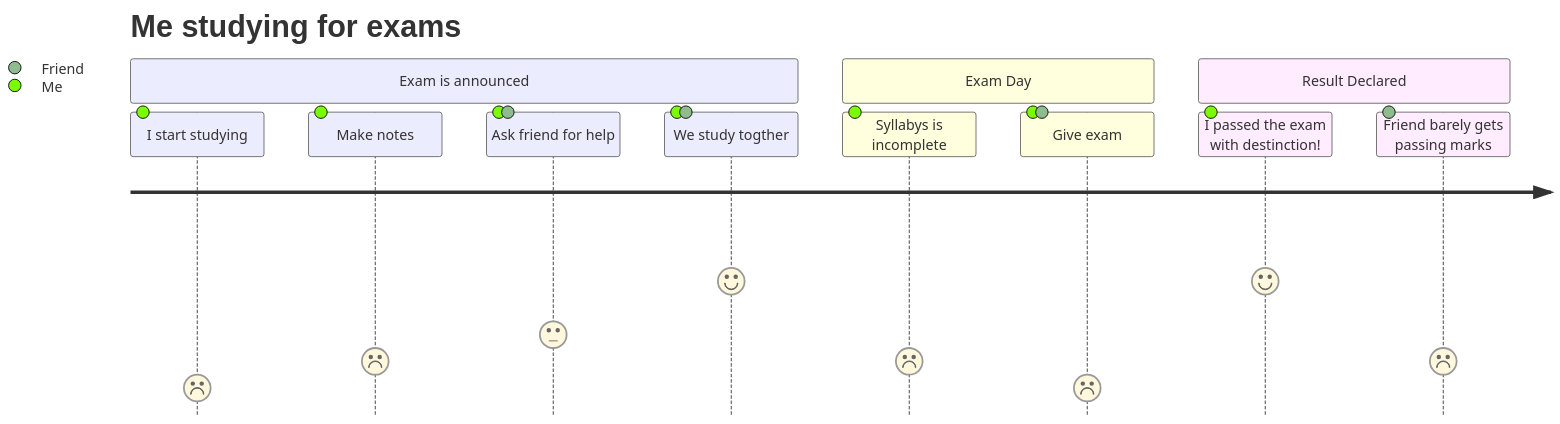
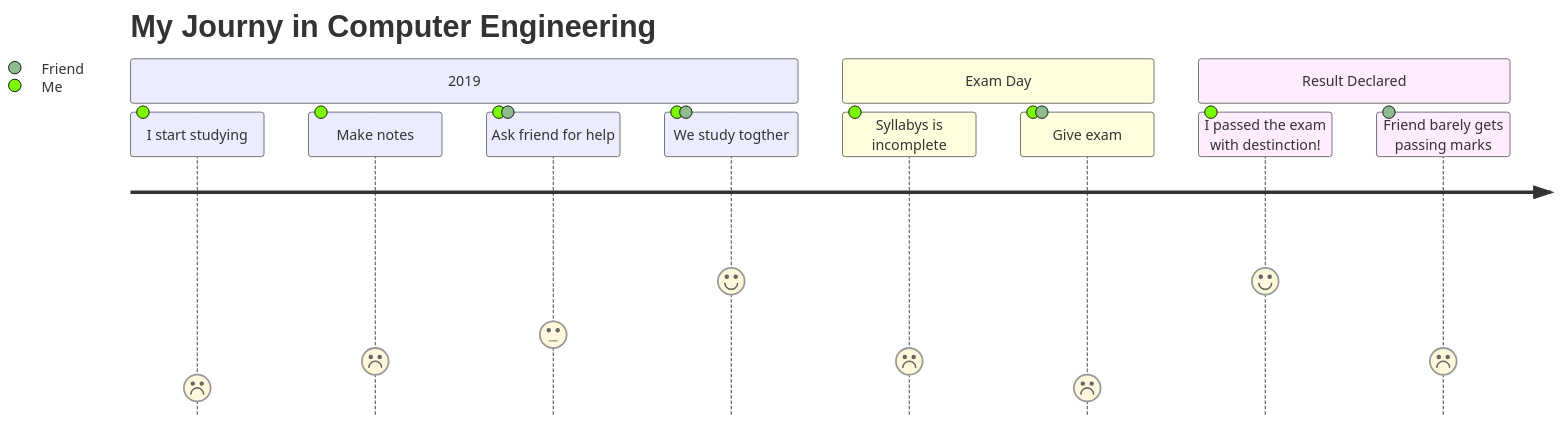
The diagram in README.md (pratik-londhe4/pratik-londhe4), drawn with Mermaid before and after one commit.

````diff
--- a/README.md
+++ b/README.md
@@ -16,15 +16,15 @@
 ```mermaid
 journey
-	title Me studying for exams
-	section Exam is announced
+	title   My Journy in Computer Engineering
+	section 2019
 		I start studying: 1: Me
 		Make notes: 2: Me
 		Ask friend for help: 3: Me, Friend
 		We study togther: 5: Me, Friend
 	section Exam Day
 		Syllabys is incomplete: 2: Me
 		Give exam: 1: Me, Friend
 	section Result Declared
 		I passed the exam with destinction!: 5: Me
 		Friend barely gets passing marks: 2: Friend
 ```
````
